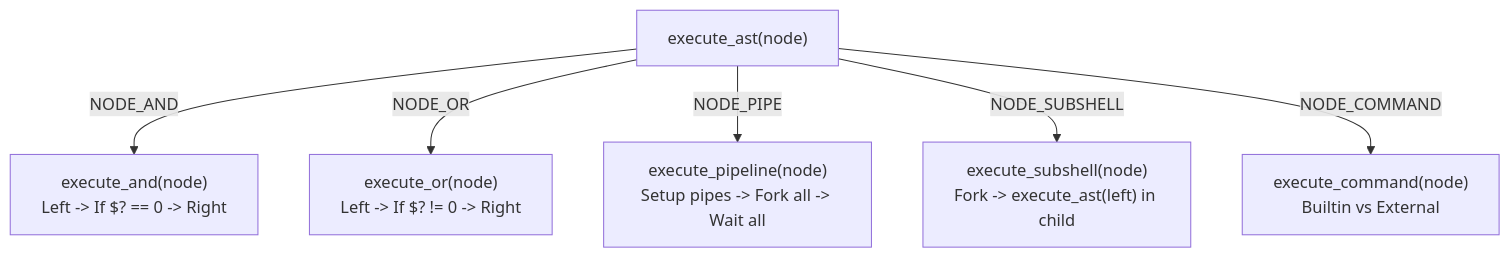
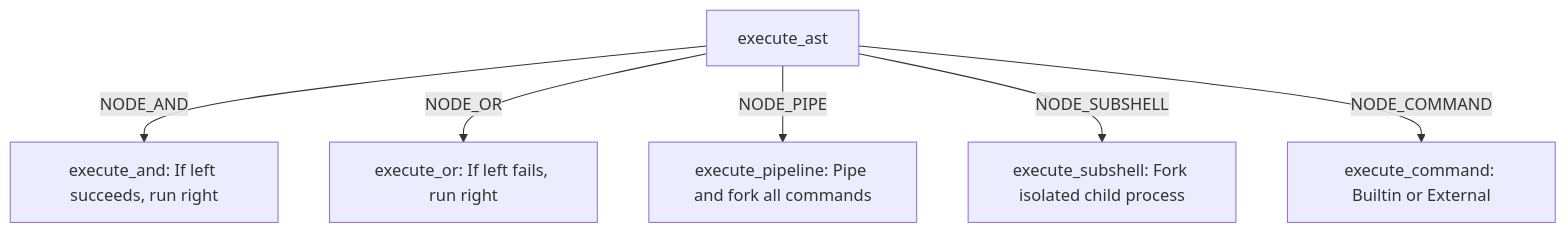
The first of 4 diagrams in wiki/architecture/02_execution_engine_and_ipc.md (42GS/minishell-wiki), drawn with Mermaid before and after one commit. The commit also changed other lines of this file and 10 other files, not shown here.

Commit message:
[#1] fix(docs): resolve all mermaid syntax errors and broken render issues across wiki

````diff
--- a/wiki/architecture/02_execution_engine_and_ipc.md
+++ b/wiki/architecture/02_execution_engine_and_ipc.md
@@ -13,10 +13,10 @@
 ```mermaid
 graph TD
-    Root["execute_ast(node)"]
+    Root["execute_ast"]
     
-    Root -->|NODE_AND| ExecAnd["execute_and(node)<br/>Left -> If $? == 0 -> Right"]
-    Root -->|NODE_OR| ExecOr["execute_or(node)<br/>Left -> If $? != 0 -> Right"]
-    Root -->|NODE_PIPE| ExecPipe["execute_pipeline(node)<br/>Setup pipes -> Fork all -> Wait all"]
-    Root -->|NODE_SUBSHELL| ExecSub["execute_subshell(node)<br/>Fork -> execute_ast(left) in child"]
-    Root -->|NODE_COMMAND| ExecCmd["execute_command(node)<br/>Builtin vs External"]
+    Root -->|NODE_AND| ExecAnd["execute_and: If left succeeds, run right"]
+    Root -->|NODE_OR| ExecOr["execute_or: If left fails, run right"]
+    Root -->|NODE_PIPE| ExecPipe["execute_pipeline: Pipe and fork all commands"]
+    Root -->|NODE_SUBSHELL| ExecSub["execute_subshell: Fork isolated child process"]
+    Root -->|NODE_COMMAND| ExecCmd["execute_command: Builtin or External"]
 ```
````
